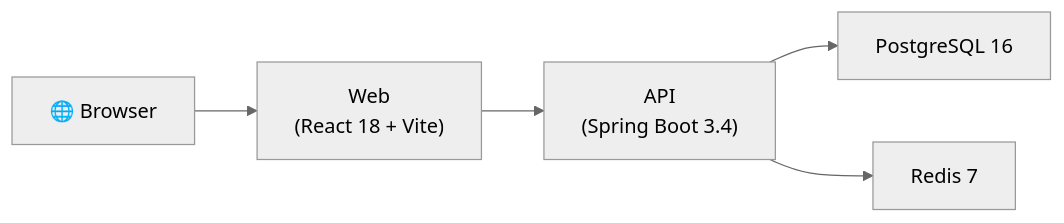
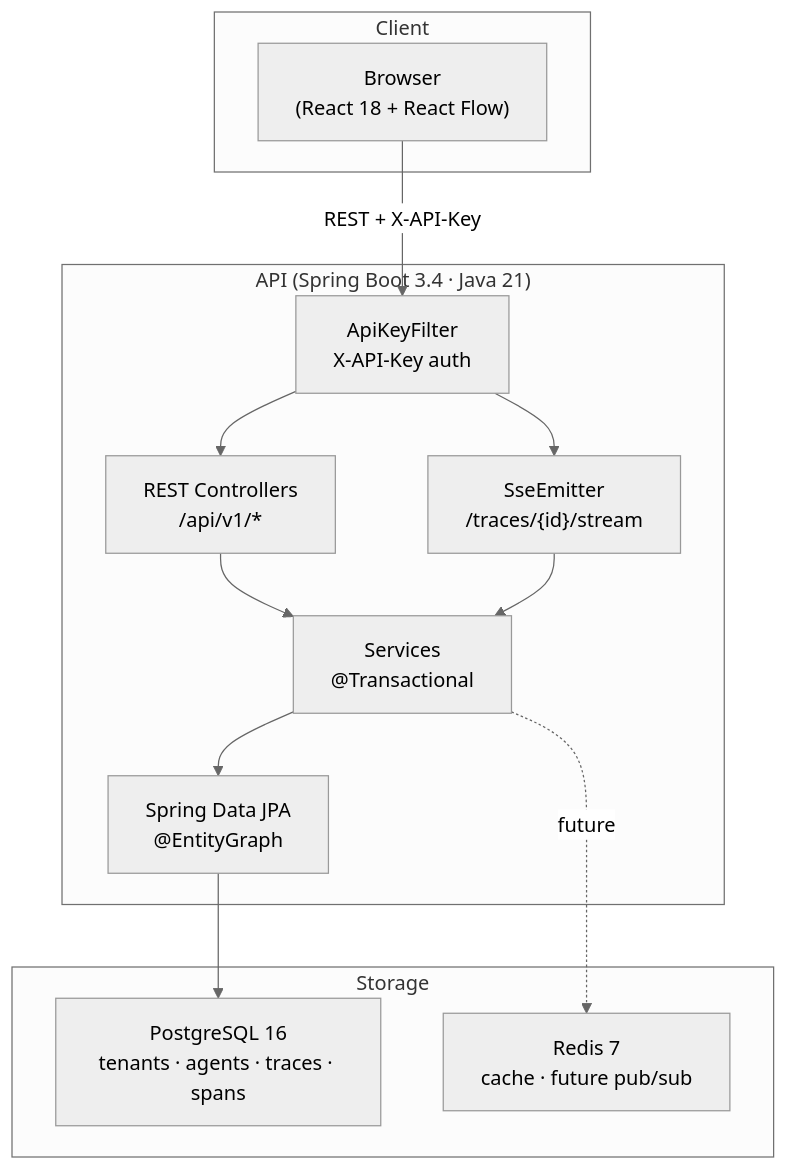
The diagram in README.md (AdrianoVS87/hookwatch), drawn with Mermaid (neutral theme) before and after one commit. The commit also changed other lines of this file and 7 other files, not shown here.

````diff
--- a/README.md
+++ b/README.md
@@ -14,13 +34,28 @@
 ```mermaid
-graph LR
-    Browser["🌐 Browser"]
-    Web["Web\n(React 18 + Vite)"]
-    API["API\n(Spring Boot 3.4)"]
-    PG["PostgreSQL 16"]
-    Redis["Redis 7"]
+graph TB
+    subgraph Client
+        Browser["Browser\n(React 18 + React Flow)"]
+    end
 
-    Browser --> Web
-    Web --> API
-    API --> PG
-    API --> Redis
+    subgraph API ["API  (Spring Boot 3.4 · Java 21)"]
+        REST["REST Controllers\n/api/v1/*"]
+        SSE["SseEmitter\n/traces/{id}/stream"]
+        Filter["ApiKeyFilter\nX-API-Key auth"]
+        Service["Services\n@Transactional"]
+        JPA["Spring Data JPA\n@EntityGraph"]
+    end
+
+    subgraph Storage
+        PG["PostgreSQL 16\ntenants · agents · traces · spans"]
+        Redis["Redis 7\ncache · future pub/sub"]
+    end
+
+    Browser -->|"REST + X-API-Key"| Filter
+    Filter --> REST
+    Filter --> SSE
+    REST --> Service
+    SSE --> Service
+    Service --> JPA
+    JPA --> PG
+    Service -.->|future| Redis
 ```
````
